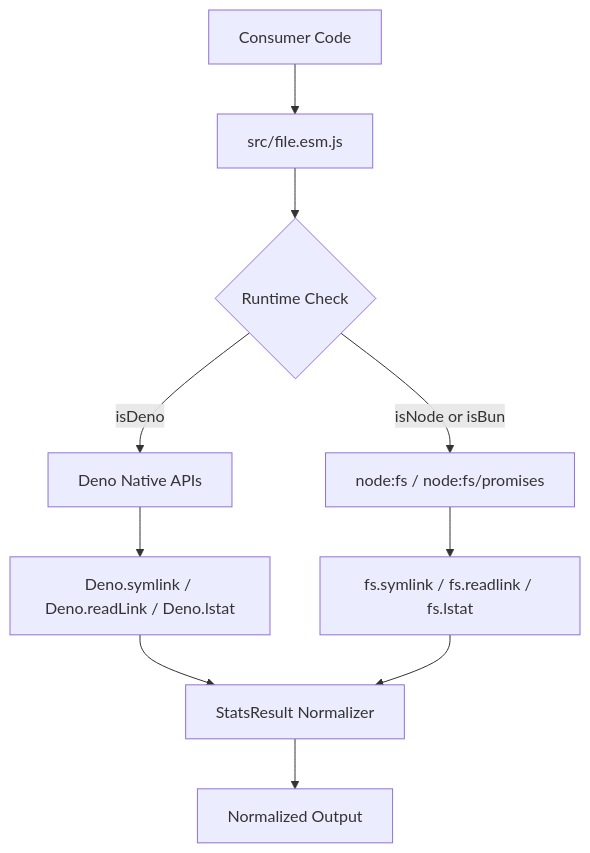
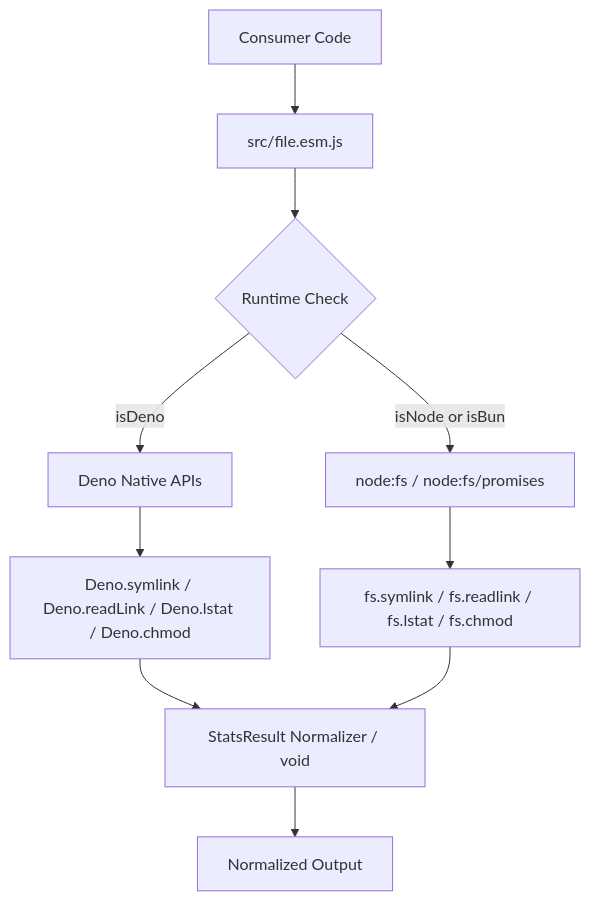
One commit to bkatzung/extcompat changed the diagram in docs/file.md. Above: the diagram before and after it, drawn with Mermaid. The commit also changed other lines of this file and 3 other files, not shown here.

````diff
--- a/docs/file.md
+++ b/docs/file.md
@@ -23,12 +23,12 @@
 ```mermaid
 flowchart TD
     Consumer[Consumer Code] --> Entry[src/file.esm.js]
     Entry --> Detect{Runtime Check}
     Detect -->|isDeno| DenoEngine[Deno Native APIs]
     Detect -->|isNode or isBun| NodeEngine[node:fs / node:fs/promises]
-    DenoEngine --> DenoOps[Deno.symlink / Deno.readLink / Deno.lstat]
-    NodeEngine --> NodeOps[fs.symlink / fs.readlink / fs.lstat]
-    DenoOps --> NormalizedStats[StatsResult Normalizer]
+    DenoEngine --> DenoOps[Deno.symlink / Deno.readLink / Deno.lstat / Deno.chmod]
+    NodeEngine --> NodeOps[fs.symlink / fs.readlink / fs.lstat / fs.chmod]
+    DenoOps --> NormalizedStats[StatsResult Normalizer / void]
     NodeOps --> NormalizedStats
     NormalizedStats --> Result[Normalized Output]
 ```
````
